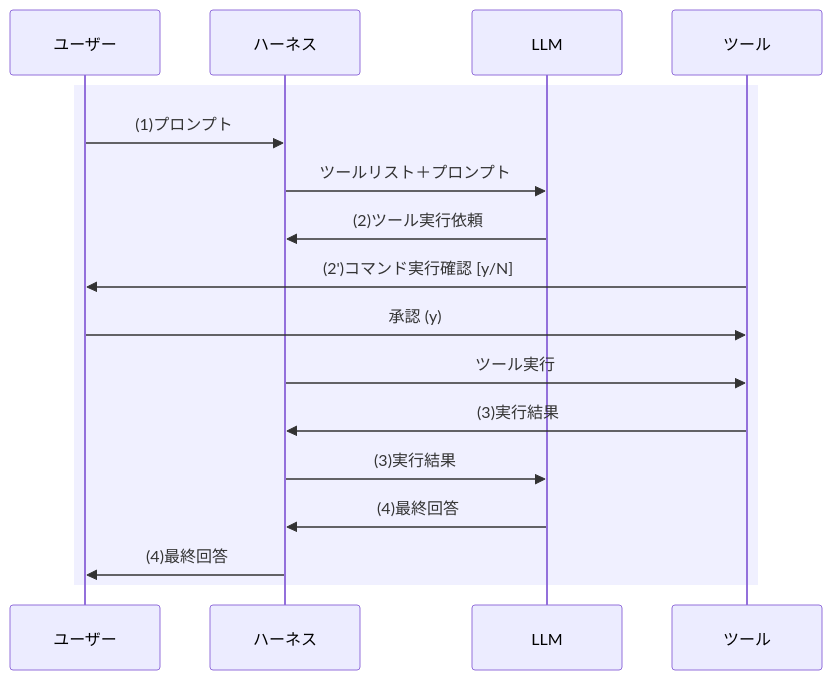
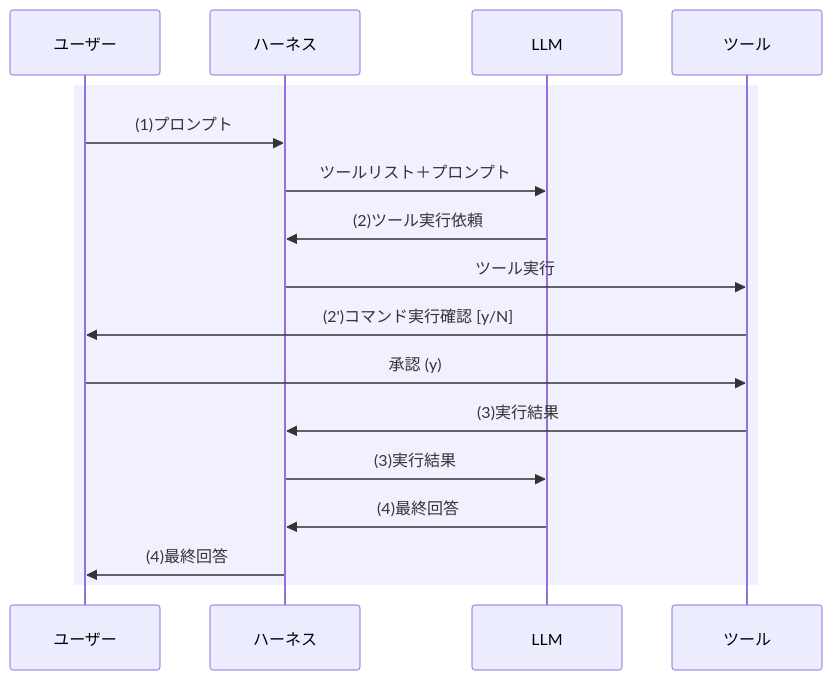
Before and after one commit to 7shi/zenn: the second of 2 diagrams in articles/20260310-llm-harness.md, drawn with Mermaid. The commit also changed other lines of this file, not shown here.

First line of the commit message:
LLMハーネス記事のシーケンス図と補足メッセージを修正

````diff
--- a/articles/20260310-llm-harness.md
+++ b/articles/20260310-llm-harness.md
@@ -111,20 +111,20 @@
 ```mermaid
 sequenceDiagram
     participant User as ユーザー
     participant Harness as ハーネス
     participant LLM
     participant Tool as ツール
     
     rect rgb(240, 240, 255)
     User->>Harness: (1)プロンプト
     Harness->>LLM: ツールリスト＋プロンプト
     LLM->>Harness: (2)ツール実行依頼
+    Harness->>Tool: ツール実行
     Tool->>User: (2')コマンド実行確認 [y/N]
     User->>Tool: 承認 (y)
-    Harness->>Tool: ツール実行
     Tool->>Harness: (3)実行結果
     Harness->>LLM: (3)実行結果
     LLM->>Harness: (4)最終回答
     Harness->>User: (4)最終回答
     end
 ```
````
